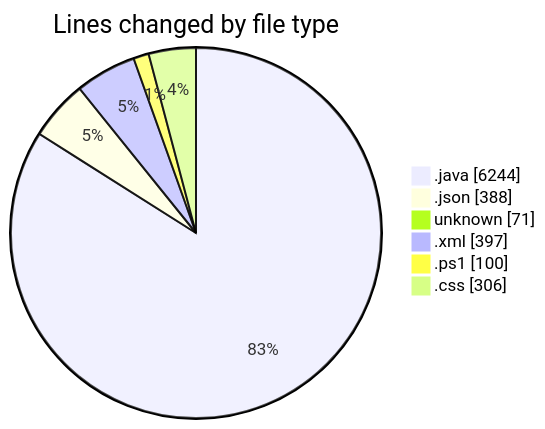
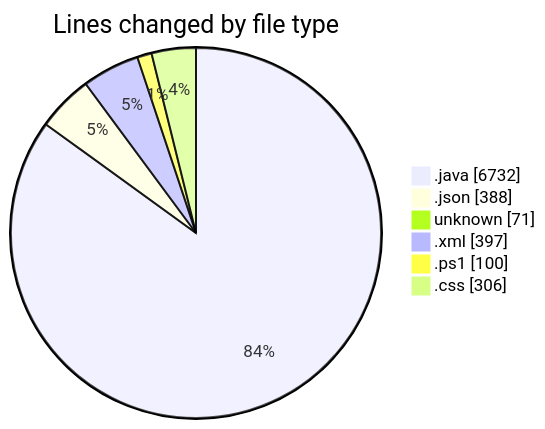
One commit to charlie-sans/code-tracking changed the first of 2 diagrams in 2025-02-25/micros/README.md. Above: the diagram before and after it, drawn with Mermaid. The commit also changed other lines of this file and 1 other file, not shown here.

````diff
--- a/2025-02-25/micros/README.md
+++ b/2025-02-25/micros/README.md
@@ -53,10 +53,10 @@
 ```mermaid
 pie showData
 title Lines changed by file type
-".java" : 6244
+".java" : 6732
 ".json" : 388
 "unknown" : 71
 ".xml" : 397
 ".ps1" : 100
 ".css" : 306
 ```
````
